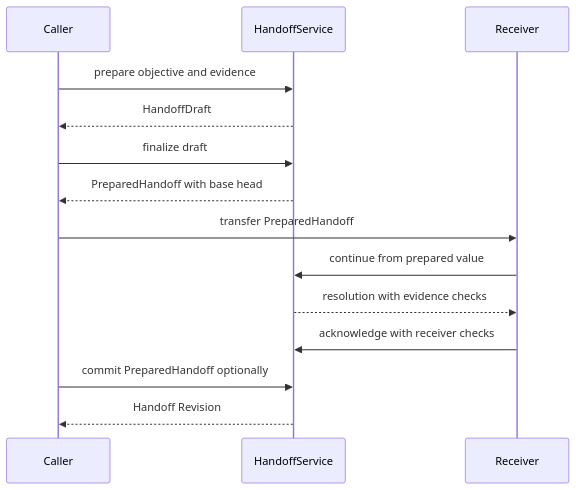
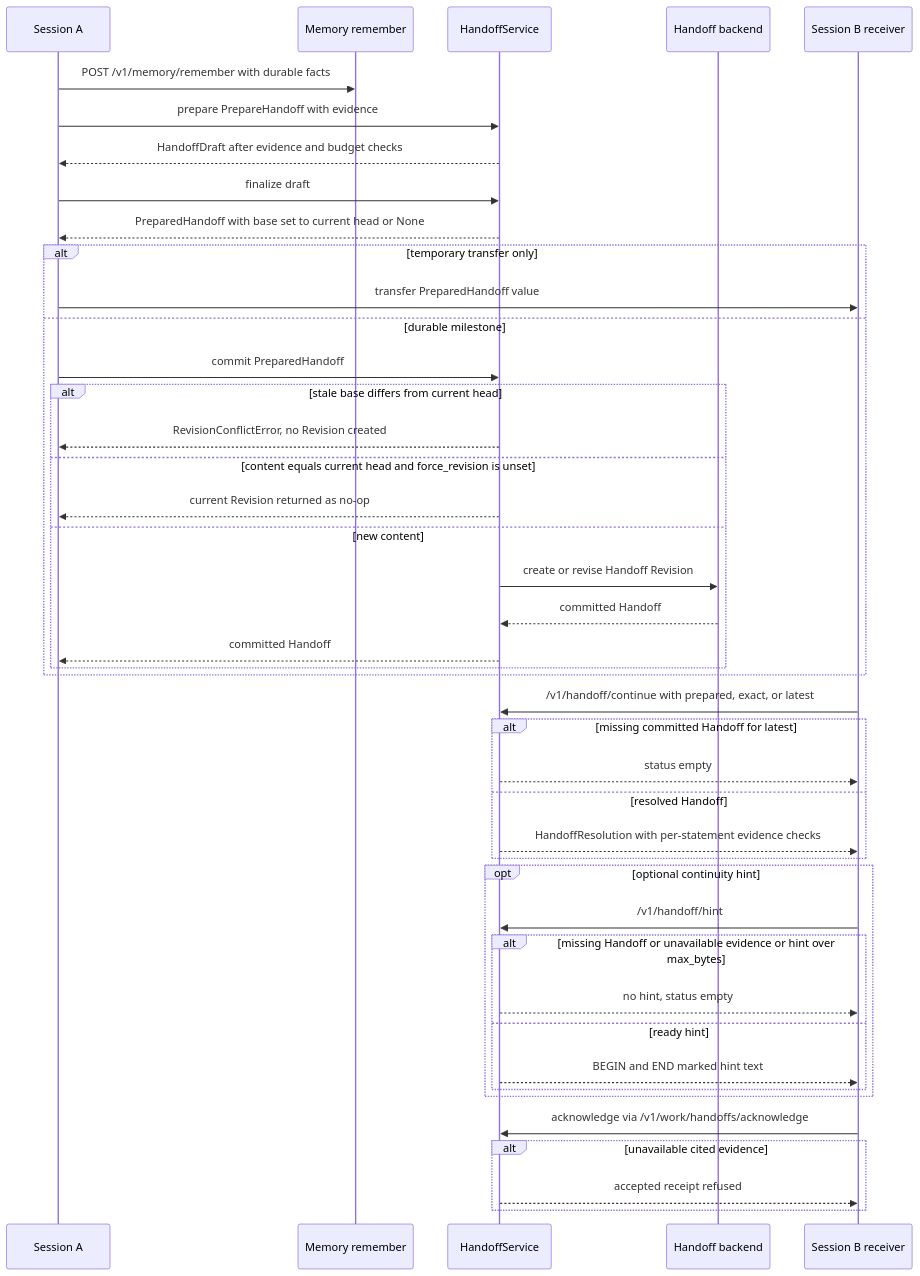
One commit to vieGPT/powercontext-enigma-agent-memory changed the second of 2 diagrams in openwiki/workflows/memory-and-handoff.md. Above: the diagram before and after it, drawn with Mermaid. The commit also changed other lines of this file and 69 other files, not shown here.

````diff
--- a/openwiki/workflows/memory-and-handoff.md
+++ b/openwiki/workflows/memory-and-handoff.md
@@ -108,16 +110,45 @@
 ```mermaid
 sequenceDiagram
-  participant Caller
+  participant SA as Session A
+  participant MEM as Memory remember
   participant HS as HandoffService
-  participant Receiver
-  Caller->>HS: prepare objective and evidence
-  HS-->>Caller: HandoffDraft
-  Caller->>HS: finalize draft
-  HS-->>Caller: PreparedHandoff with base head
-  Caller->>Receiver: transfer PreparedHandoff
-  Receiver->>HS: continue from prepared value
-  HS-->>Receiver: resolution with evidence checks
-  Receiver->>HS: acknowledge with receiver checks
-  Caller->>HS: commit PreparedHandoff optionally
-  HS-->>Caller: Handoff Revision
+  participant DB as Handoff backend
+  participant SB as Session B receiver
+  SA->>MEM: POST /v1/memory/remember with durable facts
+  SA->>HS: prepare PrepareHandoff with evidence
+  HS-->>SA: HandoffDraft after evidence and budget checks
+  SA->>HS: finalize draft
+  HS-->>SA: PreparedHandoff with base set to current head or None
+  alt temporary transfer only
+    SA->>SB: transfer PreparedHandoff value
+  else durable milestone
+    SA->>HS: commit PreparedHandoff
+    alt stale base differs from current head
+      HS-->>SA: RevisionConflictError, no Revision created
+    else content equals current head and force_revision is unset
+      HS-->>SA: current Revision returned as no-op
+    else new content
+      HS->>DB: create or revise Handoff Revision
+      DB-->>HS: committed Handoff
+      HS-->>SA: committed Handoff
+    end
+  end
+  SB->>HS: /v1/handoff/continue with prepared, exact, or latest
+  alt missing committed Handoff for latest
+    HS-->>SB: status empty
+  else resolved Handoff
+    HS-->>SB: HandoffResolution with per-statement evidence checks
+  end
+  opt optional continuity hint
+    SB->>HS: /v1/handoff/hint
+    alt missing Handoff or unavailable evidence or hint over max_bytes
+      HS-->>SB: no hint, status empty
+    else ready hint
+      HS-->>SB: BEGIN and END marked hint text
+    end
+  end
+  SB->>HS: acknowledge via /v1/work/handoffs/acknowledge
+  alt unavailable cited evidence
+    HS-->>SB: accepted receipt refused
+  end
 ```
````
